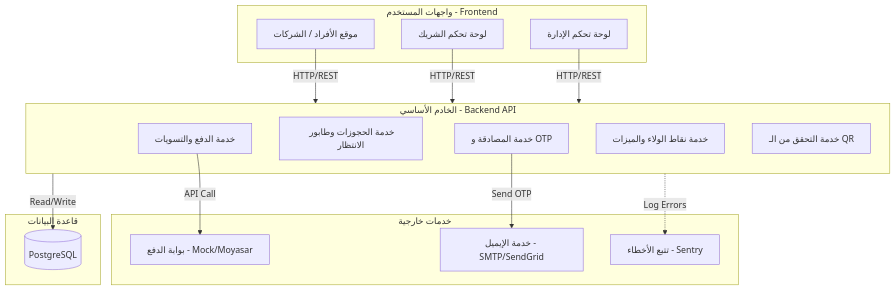
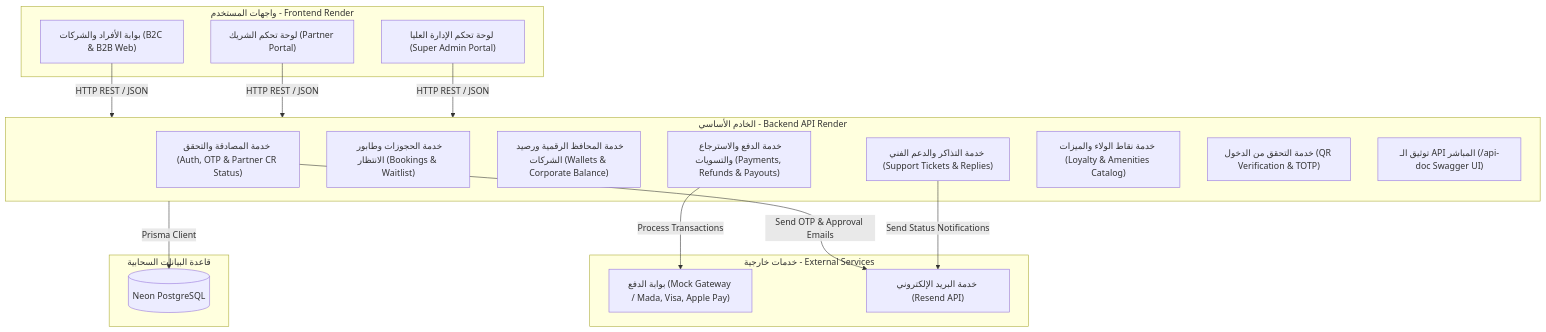
The diagram in docs/System_Architecture.md (Coworking-Pass-Team/Coworking_pass), drawn with Mermaid before and after one commit. The commit also changed other lines of this file and 9 other files, not shown here.

````diff
--- a/docs/System_Architecture.md
+++ b/docs/System_Architecture.md
@@ -13,41 +17,43 @@
 ```mermaid
 graph TD
     %% User Interfaces
-    subgraph Frontend [واجهات المستخدم - Frontend]
-        UI_User[موقع الأفراد / الشركات]
-        UI_Partner[لوحة تحكم الشريك]
-        UI_Admin[لوحة تحكم الإدارة]
+    subgraph Frontend [واجهات المستخدم - Frontend Render]
+        UI_User["بوابة الأفراد والشركات (B2C & B2B Web)"]
+        UI_Partner["لوحة تحكم الشريك (Partner Portal)"]
+        UI_Admin["لوحة تحكم الإدارة العليا (Super Admin Portal)"]
     end
 
     %% Backend Services
-    subgraph Backend [الخادم الأساسي - Backend API]
-        API_Auth[خدمة المصادقة و OTP]
-        API_Booking[خدمة الحجوزات وطابور الانتظار]
-        API_Billing[خدمة الدفع والتسويات]
-        API_Loyalty[خدمة نقاط الولاء والميزات]
-        API_QR[خدمة التحقق من الـ QR]
+    subgraph Backend [الخادم الأساسي - Backend API Render]
+        API_Auth["خدمة المصادقة والتحقق (Auth, OTP & Partner CR Status)"]
+        API_Booking["خدمة الحجوزات وطابور الانتظار (Bookings & Waitlist)"]
+        API_Wallet["خدمة المحافظ الرقمية ورصيد الشركات (Wallets & Corporate Balance)"]
+        API_Billing["خدمة الدفع والاسترجاع والتسويات (Payments, Refunds & Payouts)"]
+        API_Tickets["خدمة التذاكر والدعم الفني (Support Tickets & Replies)"]
+        API_Loyalty["خدمة نقاط الولاء والميزات (Loyalty & Amenities Catalog)"]
+        API_QR["خدمة التحقق من الدخول (QR Verification & TOTP)"]
+        API_Docs["توثيق الـ API المباشر (/api-doc Swagger UI)"]
     end
 
     %% External Services
-    subgraph Third_Party [خدمات خارجية]
-        Ext_Payment[بوابة الدفع - Mock/Moyasar]
-        Ext_Email[خدمة الإيميل - SMTP/SendGrid]
-        Ext_Sentry[تتبع الأخطاء - Sentry]
+    subgraph Third_Party [خدمات خارجية - External Services]
+        Ext_Payment["بوابة الدفع (Mock Gateway / Mada, Visa, Apple Pay)"]
+        Ext_Email["خدمة البريد الإلكتروني (Resend API)"]
     end
 
     %% Database
-    subgraph Database [قاعدة البيانات]
-        DB[(PostgreSQL)]
+    subgraph Database [قاعدة البيانات السحابية]
+        DB[("Neon PostgreSQL")]
     end
 
     %% Connections
-    UI_User -->|HTTP/REST| Backend
-    UI_Partner -->|HTTP/REST| Backend
-    UI_Admin -->|HTTP/REST| Backend
+    UI_User -->|HTTP REST / JSON| Backend
+    UI_Partner -->|HTTP REST / JSON| Backend
+    UI_Admin -->|HTTP REST / JSON| Backend
 
-    Backend -->|Read/Write| DB
+    Backend -->|Prisma Client| DB
     
-    API_Billing -->|API Call| Ext_Payment
-    API_Auth -->|Send OTP| Ext_Email
-    Backend -.->|Log Errors| Ext_Sentry
+    API_Billing -->|Process Transactions| Ext_Payment
+    API_Auth -->|Send OTP & Approval Emails| Ext_Email
+    API_Tickets -->|Send Status Notifications| Ext_Email
 ```
````
